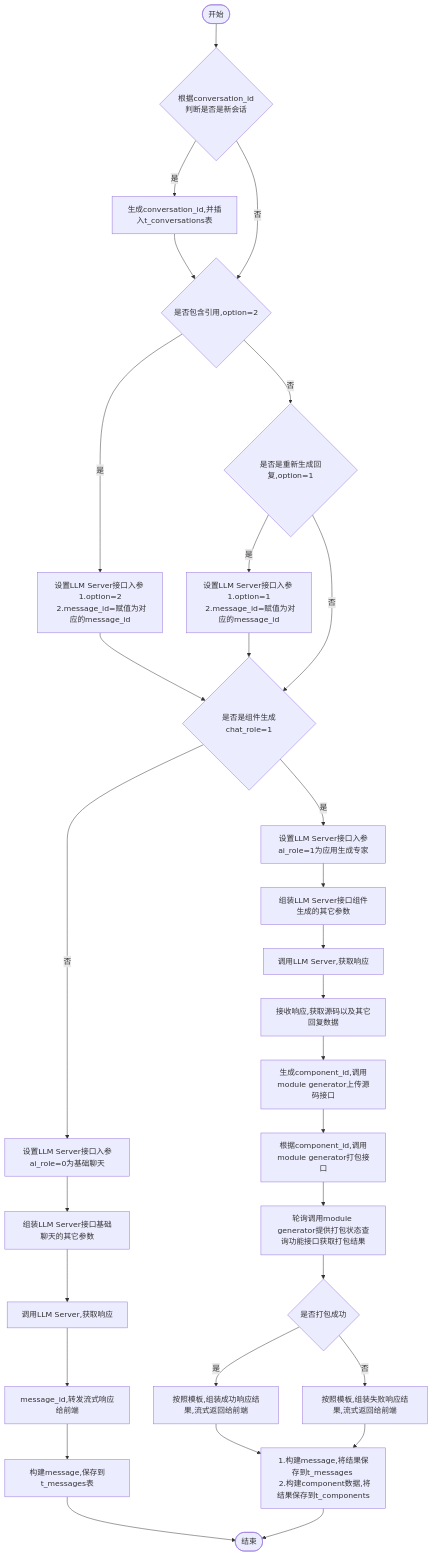
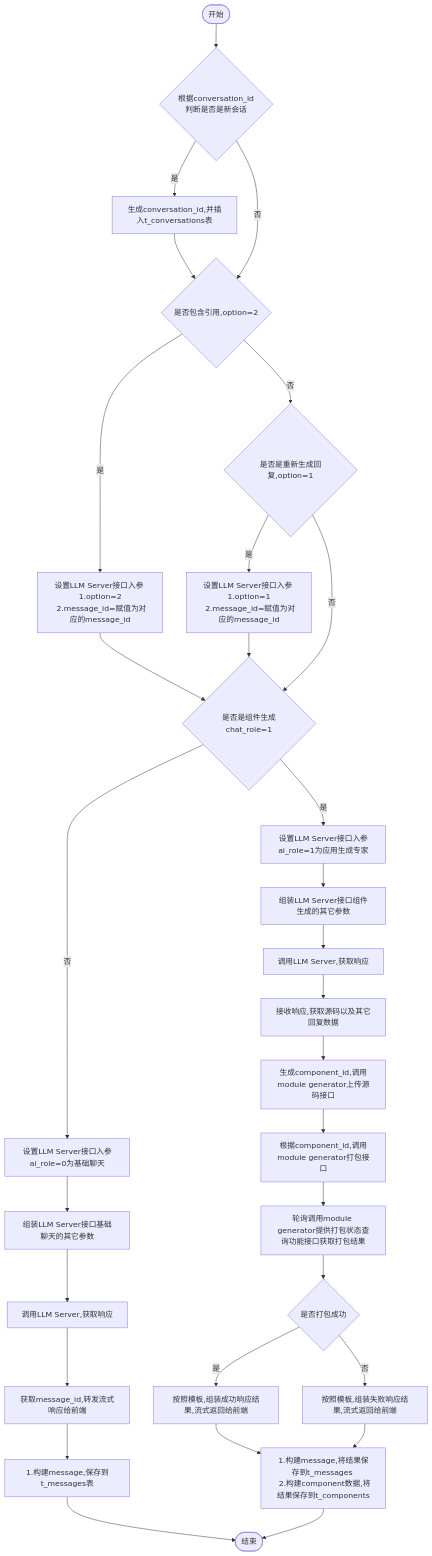
Before and after one commit to yingjianzh/iodraw-files: the diagram in all/w3-会话-不需要传递message.md, drawn with Mermaid.

Commit message:
2024-10-14 14:03:05 update

````diff
--- a/all/w3-会话-不需要传递message.md
+++ b/all/w3-会话-不需要传递message.md
@@ -1,36 +1,36 @@
 ```mermaid
 flowchart TD
     A([开始]) --> B{根据conversation_id \n 判断是否是新会话}
     B -- 是 --> C[生成conversation_id,并插入t_conversations表]
     C --> D
     B -- 否 --> D{是否包含引用,option=2}
     D -- 是 --> E[设置LLM Server接口入参 \n 1.option=2 \n 2.message_id=赋值为对应的message_id]
     D -- 否 --> F{是否是重新生成回复,option=1}
     F -- 是 --> G[设置LLM Server接口入参 \n 1.option=1 \n 2.message_id=赋值为对应的message_id]
     F -- 否 --> I
      
     E & G --> I{是否是组件生成chat_role=1}
     I -- 否 --> K[设置LLM Server接口入参ai_role=0为基础聊天]
     I -- 是 --> J[设置LLM Server接口入参ai_role=1为应用生成专家]
     
 
     J --> L[组装LLM Server接口组件生成的其它参数]    
     K --> M[组装LLM Server接口基础聊天的其它参数]    
     M --> N[调用LLM Server,获取响应]    
-    N --> O[message_id,转发流式响应给前端]
-    O --> P[构建message,保存到t_messages表]
+    N --> O[获取message_id,转发流式响应给前端]
+    O --> P[1.构建message,保存到t_messages表]
     P --> R([结束])
 
 
     L --> S[调用LLM Server,获取响应]
     S --> T[接收响应,获取源码以及其它回复数据]
     T --> U[生成component_id,调用module generator上传源码接口]
     U --> V[根据component_id,调用module generator打包接口]
     V --> W[轮询调用module generator提供打包状态查询功能接口获取打包结果]
     W --> X{是否打包成功}
     X -- 是 --> Y[按照模板,组装成功响应结果,流式返回给前端]
     X -- 否 --> Z[按照模板,组装失败响应结果,流式返回给前端]
 
     Y & Z --> Result[1.构建message,将结果保存到t_messages \n 2.构建component数据,将结果保存到t_components]
     Result --> R
 ```
````
